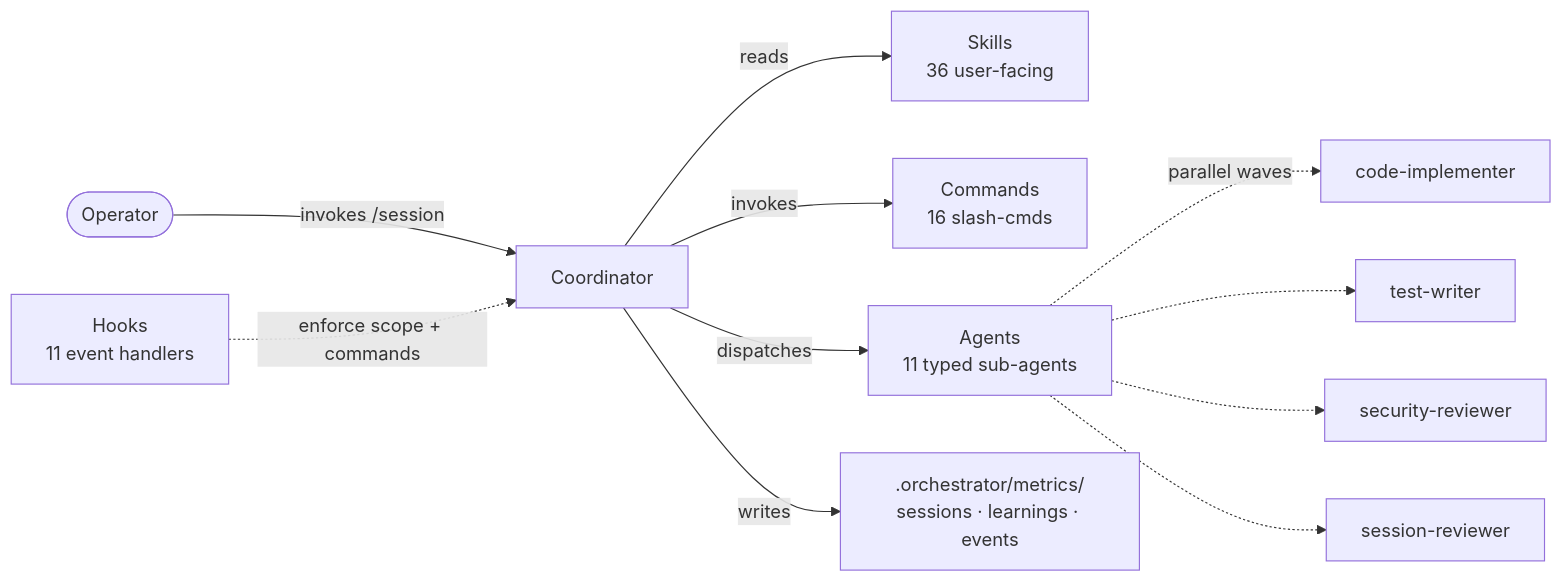
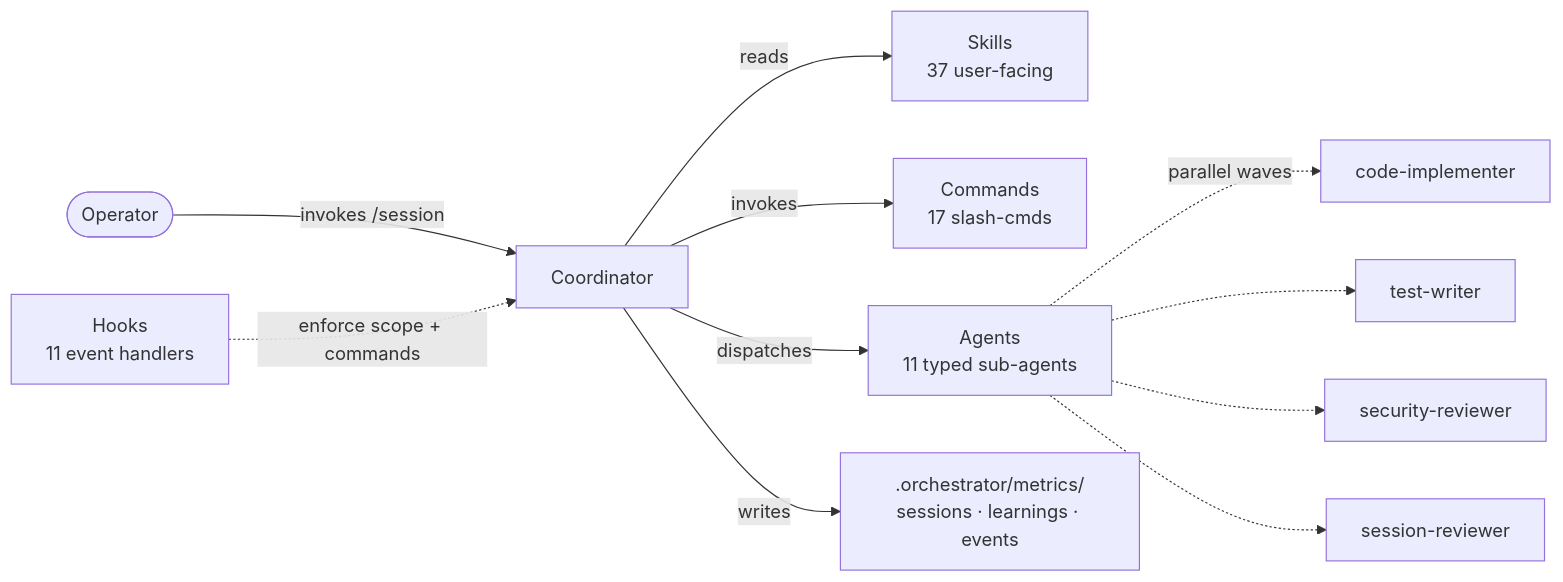
Before and after one commit to Kanevry/session-orchestrator: the third of 3 diagrams in README.md, drawn with Mermaid. The commit also changed other lines of this file and 51 other files, not shown here.

````diff
--- a/README.md
+++ b/README.md
@@ -175,13 +175,13 @@
 ```mermaid
 flowchart LR
     USER([Operator]) -->|invokes /session| COORD[Coordinator]
-    COORD -->|reads| SK[Skills<br/>36 user-facing]
-    COORD -->|invokes| CMD[Commands<br/>16 slash-cmds]
+    COORD -->|reads| SK[Skills<br/>37 user-facing]
+    COORD -->|invokes| CMD[Commands<br/>17 slash-cmds]
     COORD -->|dispatches| AG[Agents<br/>11 typed sub-agents]
     AG -.->|parallel waves| W1[code-implementer]
     AG -.-> W2[test-writer]
     AG -.-> W3[security-reviewer]
     AG -.-> W4[session-reviewer]
     HOOK[Hooks<br/>11 event handlers] -.->|enforce scope + commands| COORD
     COORD -->|writes| METRIC[.orchestrator/metrics/<br/>sessions · learnings · events]
 ```
````
